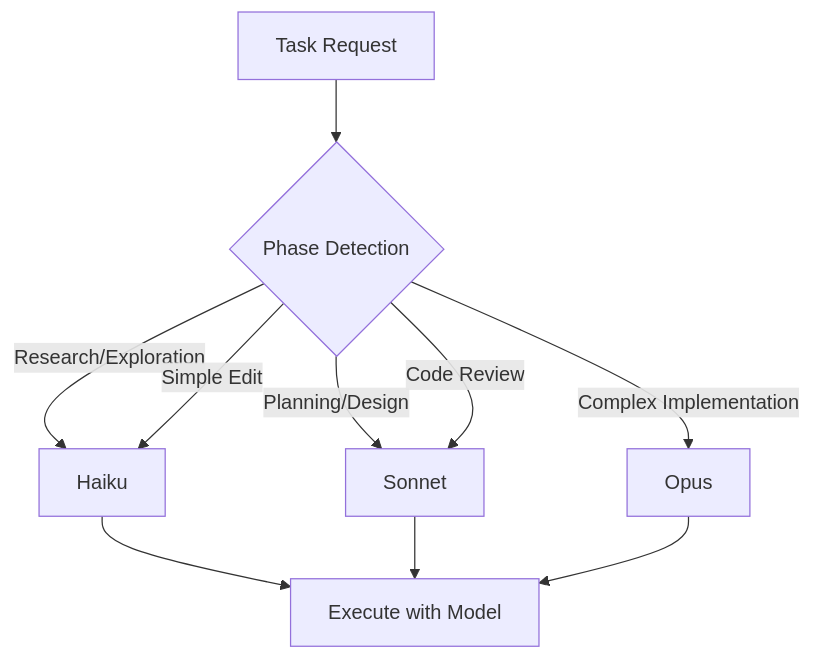
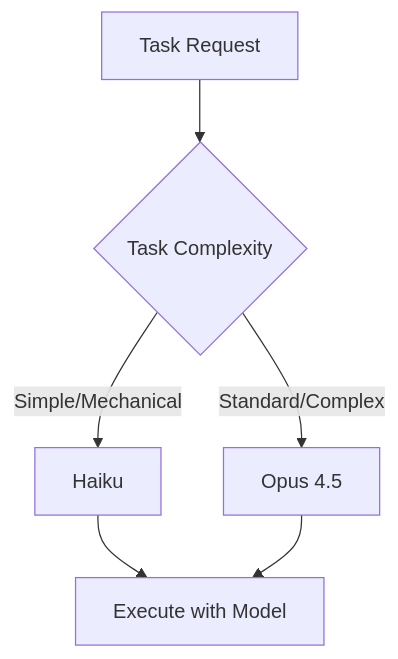
The diagram in docs-site/docs/glossary/terms/intelligent-model-selection.md (anton-abyzov/specweave), drawn with Mermaid before and after one commit. The commit also changed other lines of this file and 135 other files, not shown here.

````diff
--- a/docs-site/docs/glossary/terms/intelligent-model-selection.md
+++ b/docs-site/docs/glossary/terms/intelligent-model-selection.md
@@ -15,13 +15,9 @@
 ```mermaid
 flowchart TD
-    A[Task Request] --> B{Phase Detection}
-    B -->|Research/Exploration| C[Haiku]
-    B -->|Planning/Design| D[Sonnet]
-    B -->|Complex Implementation| E[Opus]
-    B -->|Code Review| D
-    B -->|Simple Edit| C
+    A[Task Request] --> B{Task Complexity}
+    B -->|Simple/Mechanical| C[Haiku]
+    B -->|Standard/Complex| D[Opus 4.5]
 
-    C --> F[Execute with Model]
-    D --> F
-    E --> F
+    C --> E[Execute with Model]
+    D --> E
 ```
````
